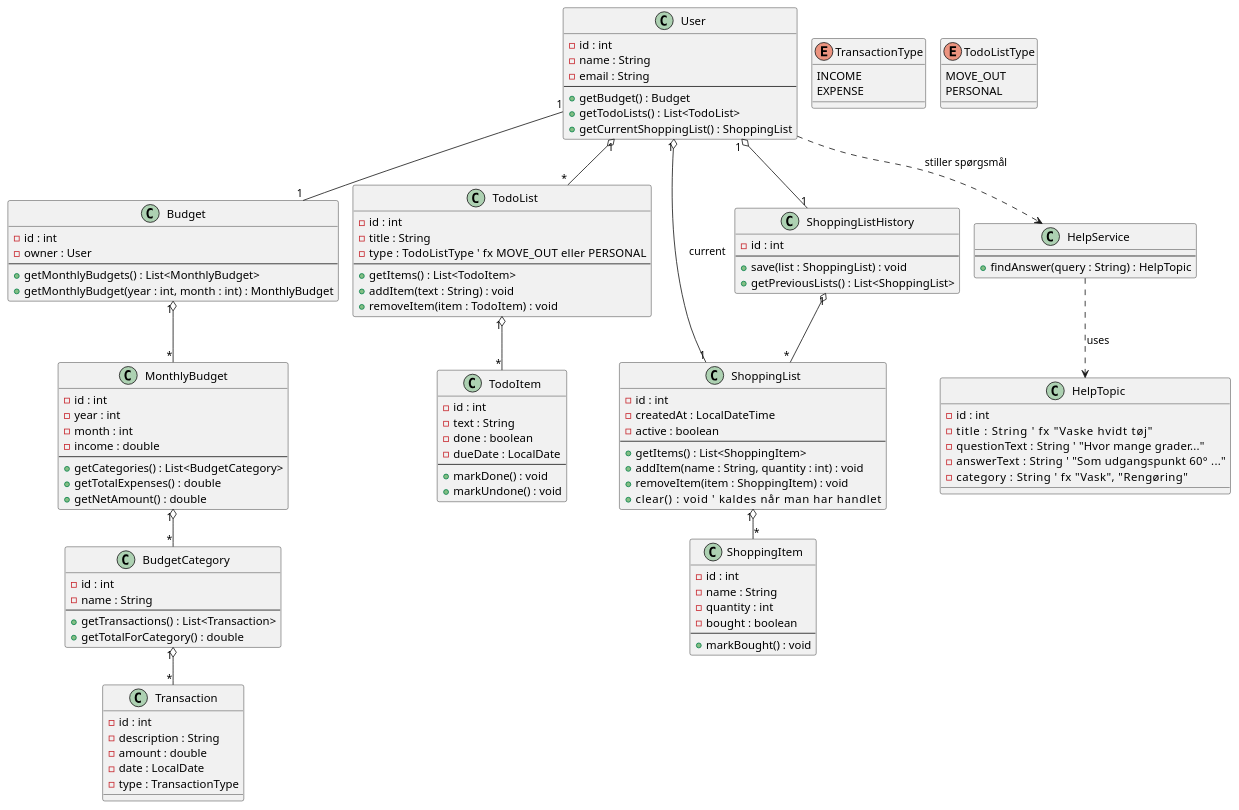
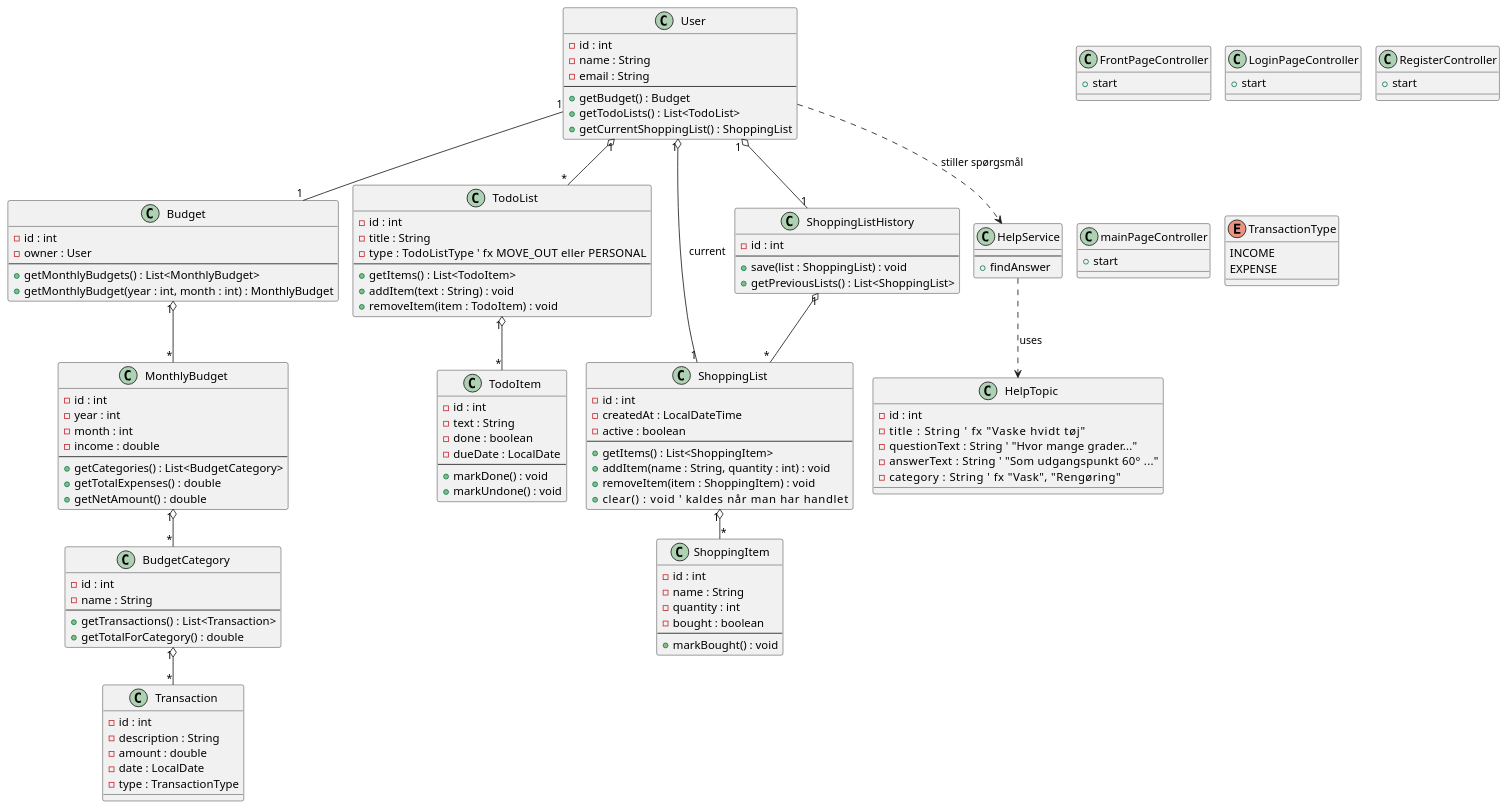
Before and after one commit to Melissabekirova04/TwoFeet: the diagram in modeller/KlasseDiagram.puml, drawn with PlantUML. The commit also changed 2 other files, not shown here.

```diff
--- a/modeller/KlasseDiagram.puml
+++ b/modeller/KlasseDiagram.puml
@@ -1,141 +1,158 @@
 @startuml
 !pragma layout smetana
 
 ' ---------- Basale domæneklasser ----------
 class User {
   - id : int
   - name : String
   - email : String
   --
   + getBudget() : Budget
   + getTodoLists() : List<TodoList>
   + getCurrentShoppingList() : ShoppingList
 }
+
+class FrontPageController {
+   + start
+}
+
+class LoginPageController{
+    + start
+    }
+
+class RegisterController{
+    +start
+    }
+
+class mainPageController{
+    +start
+    }
+
+
+
+
 
 class Budget {
   - id : int
   - owner : User
   --
   + getMonthlyBudgets() : List<MonthlyBudget>
   + getMonthlyBudget(year : int, month : int) : MonthlyBudget
 }
 
 class MonthlyBudget {
   - id : int
   - year : int
   - month : int
   - income : double
   --
   + getCategories() : List<BudgetCategory>
   + getTotalExpenses() : double
   + getNetAmount() : double
 }
 
 class BudgetCategory {
   - id : int
   - name : String
   --
   + getTransactions() : List<Transaction>
   + getTotalForCategory() : double
 }
 
 class Transaction {
   - id : int
   - description : String
   - amount : double
   - date : LocalDate
   - type : TransactionType
 }
 
 enum TransactionType {
+'klasse eller enum
   INCOME
   EXPENSE
 }
 
 ' ---------- To-do / flytte-checkliste ----------
 class TodoList {
   - id : int
   - title : String
   - type : TodoListType   ' fx MOVE_OUT eller PERSONAL
   --
   + getItems() : List<TodoItem>
   + addItem(text : String) : void
   + removeItem(item : TodoItem) : void
 }
 
-enum TodoListType {
-  MOVE_OUT
-  PERSONAL
-}
 
 class TodoItem {
   - id : int
   - text : String
   - done : boolean
   - dueDate : LocalDate
   --
   + markDone() : void
   + markUndone() : void
 }
 
 ' ---------- Handleliste + historik ----------
 class ShoppingList {
   - id : int
   - createdAt : LocalDateTime
   - active : boolean
   --
   + getItems() : List<ShoppingItem>
   + addItem(name : String, quantity : int) : void
   + removeItem(item : ShoppingItem) : void
   + clear() : void          ' kaldes når man har handlet
 }
 
 class ShoppingItem {
   - id : int
   - name : String
   - quantity : int
   - bought : boolean
   --
   + markBought() : void
 }
 
 class ShoppingListHistory {
   - id : int
   --
   + save(list : ShoppingList) : void
   + getPreviousLists() : List<ShoppingList>
 }
 
 ' ---------- Hjælp / spørgsmål-svar ----------
 class HelpTopic {
   - id : int
   - title : String          ' fx "Vaske hvidt tøj"
   - questionText : String   ' "Hvor mange grader..."
   - answerText : String     ' "Som udgangspunkt 60° ..."
   - category : String       ' fx "Vask", "Rengøring"
 }
 
 class HelpService {
   --
-  + findAnswer(query : String) : HelpTopic
+  + findAnswer
 }
 
 ' ---------- Relationer ----------
 
 User "1" -- "1" Budget
 Budget "1" o-- "*" MonthlyBudget
 MonthlyBudget "1" o-- "*" BudgetCategory
 BudgetCategory "1" o-- "*" Transaction
 
 User "1" o-- "*" TodoList
 TodoList "1" o-- "*" TodoItem
 
 User "1" o-- "1" ShoppingList      : current
 User "1" o-- "1" ShoppingListHistory
 ShoppingList "1" o-- "*" ShoppingItem
 ShoppingListHistory "1" o-- "*" ShoppingList
 
 HelpService ..> HelpTopic : uses
 User ..> HelpService : "stiller spørgsmål"
 
 @enduml
```
